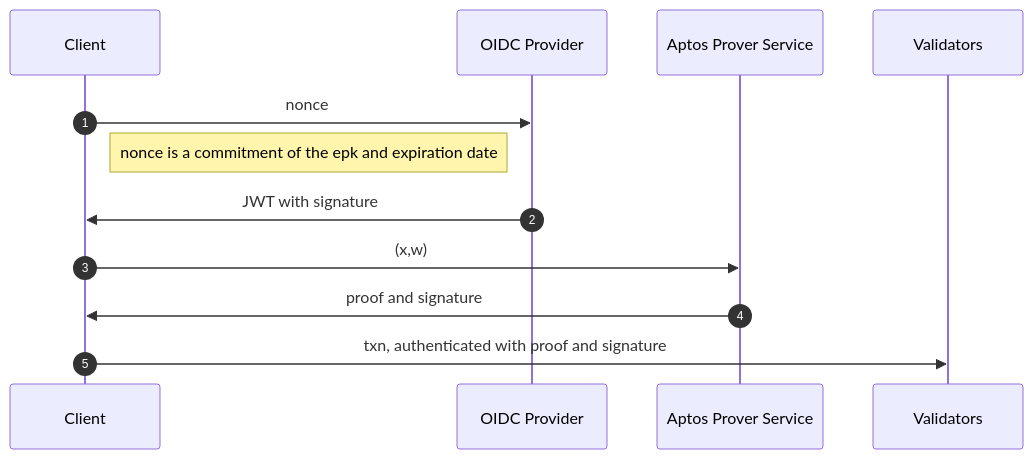
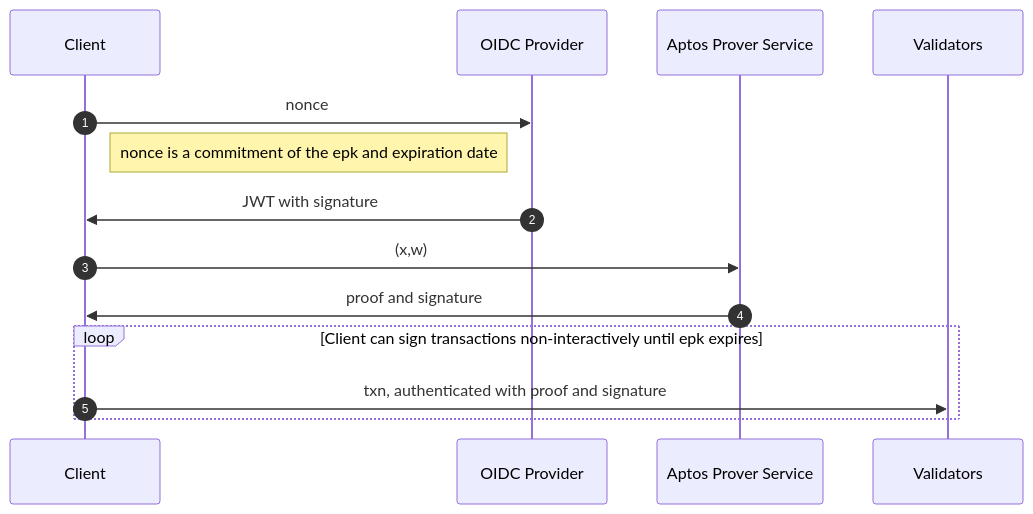
Before and after one commit to aptos-foundation/AIPs: the diagram in aips/aip-x.md, drawn with Mermaid.

````diff
--- a/aips/aip-x.md
+++ b/aips/aip-x.md
@@ -88,10 +88,12 @@
 ```mermaid
 sequenceDiagram
 autonumber
 Client->>OIDC Provider: nonce
 Note left of OIDC Provider: nonce is a commitment of the epk and expiration date
 OIDC Provider->>Client: JWT with signature
 Client->>Aptos Prover Service: (x,w)
 Aptos Prover Service->>Client: proof and signature
-Client ->> Validators: txn, authenticated with proof and signature
+loop Client can sign transactions non-interactively until epk expires
+	Client ->> Validators: txn, authenticated with proof and signature
+end
 ```
````
